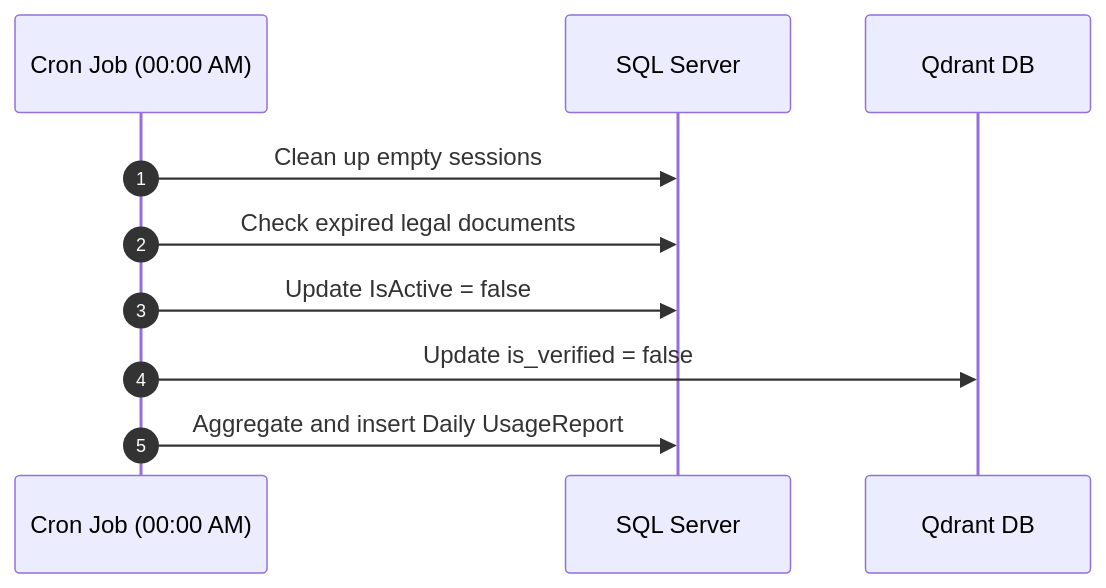
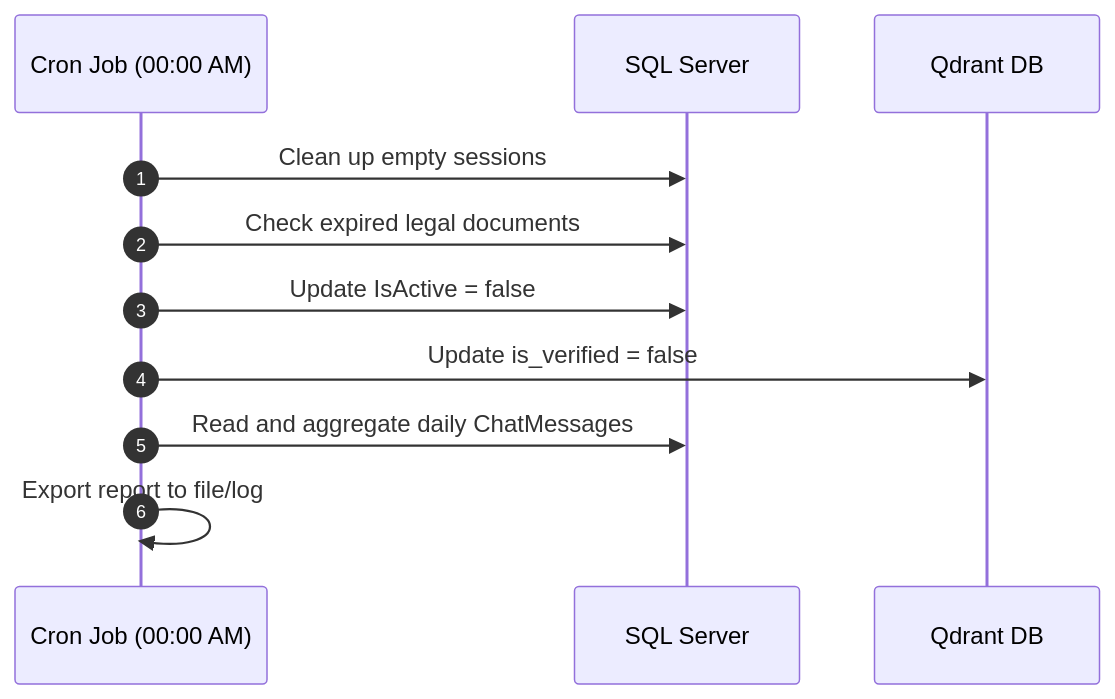
Before and after one commit to gnouv-fpt/ChatAIProject: the eighth of 10 diagrams in ARCHITECTURE.md, drawn with Mermaid. The commit also changed other lines of this file and 23 other files, not shown here.

````diff
--- a/ARCHITECTURE.md
+++ b/ARCHITECTURE.md
@@ -300,13 +300,14 @@
 ```mermaid
 sequenceDiagram
     autonumber
     participant Cron as Cron Job (00:00 AM)
     participant SQL as SQL Server
     participant Qdrant as Qdrant DB
 
     Cron->>SQL: Clean up empty sessions
     Cron->>SQL: Check expired legal documents
     Cron->>SQL: Update IsActive = false
     Cron->>Qdrant: Update is_verified = false
-    Cron->>SQL: Aggregate and insert Daily UsageReport
+    Cron->>SQL: Read and aggregate daily ChatMessages
+    Cron->>Cron: Export report to file/log
 ```
````
